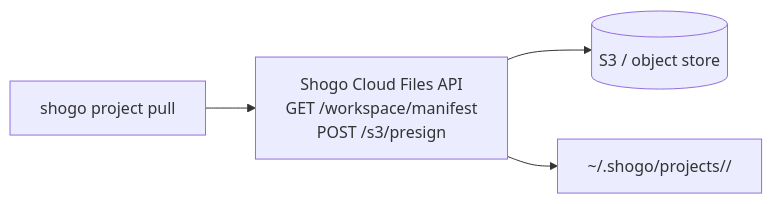
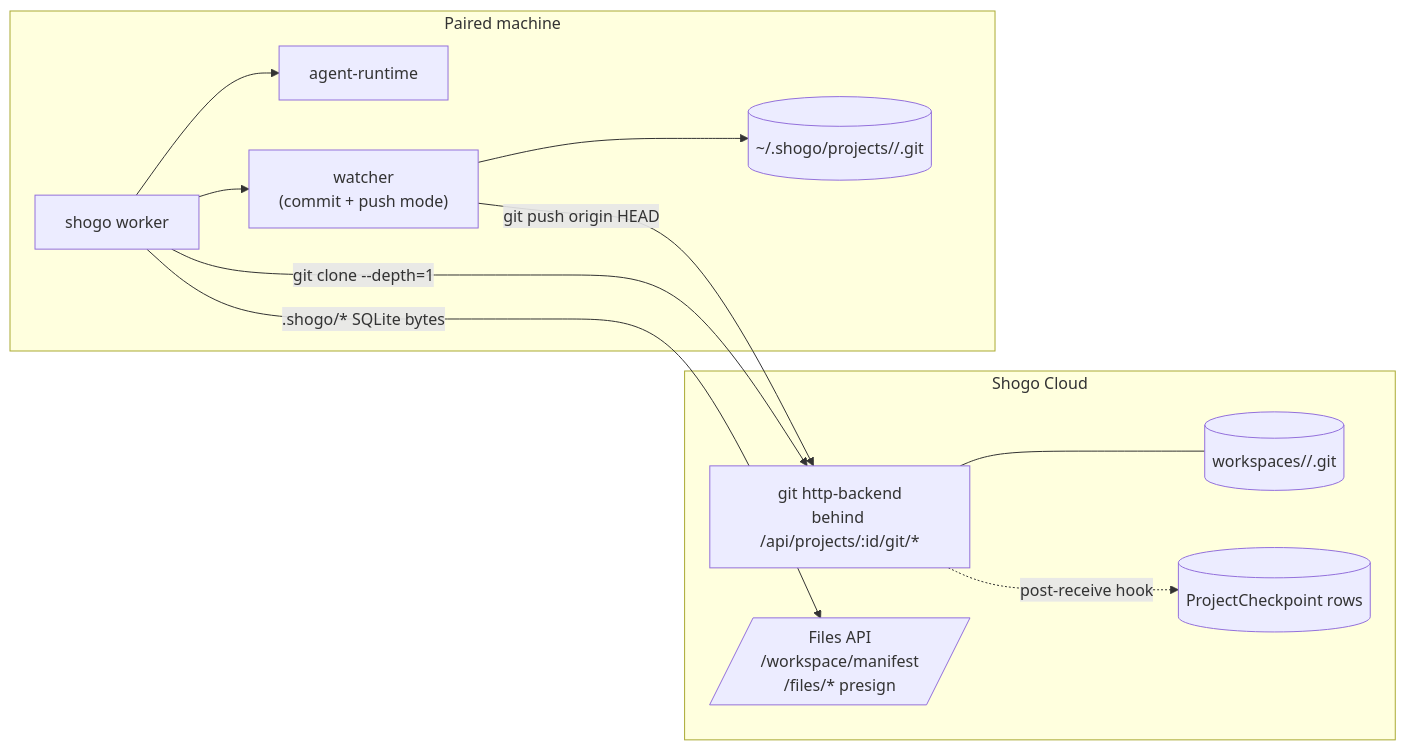
One commit to shogo-labs/shogo-ai changed the diagram in apps/docs/docs/features/my-machines/project-pull.md. Above: the diagram before and after it, drawn with Mermaid. The commit also changed other lines of this file and 17 other files, not shown here.

First line of the commit message:
feat: git smart-HTTP backend + worker git mode

````diff
--- a/apps/docs/docs/features/my-machines/project-pull.md
+++ b/apps/docs/docs/features/my-machines/project-pull.md
@@ -50,6 +64,22 @@
 ```mermaid
 flowchart LR
-  CLI["shogo project pull <id>"] --> Cloud["Shogo Cloud Files API\nGET /workspace/manifest\nPOST /s3/presign"]
-  Cloud --> S3[("S3 / object store")]
-  Cloud --> Local["~/.shogo/projects/<id>/"]
+  subgraph cloud [Shogo Cloud]
+    GitBackend["git http-backend\nbehind /api/projects/:id/git/*"]
+    Repo[("workspaces/<id>/.git")]
+    FilesAPI[/Files API\n/workspace/manifest\n/files/* presign/]
+    GitBackend --- Repo
+    GitBackend -.post-receive hook.-> Checkpoints[("ProjectCheckpoint rows")]
+  end
+  subgraph worker [Paired machine]
+    Manager["shogo worker"]
+    Runtime["agent-runtime"]
+    Watcher["watcher\n(commit + push mode)"]
+    LocalRepo[("~/.shogo/projects/<id>/.git")]
+    Manager --> Runtime
+    Manager --> Watcher
+    Watcher --> LocalRepo
+  end
+  Manager -- "git clone --depth=1" --> GitBackend
+  Manager -- ".shogo/* SQLite bytes" --> FilesAPI
+  Watcher -- "git push origin HEAD" --> GitBackend
 ```
````
